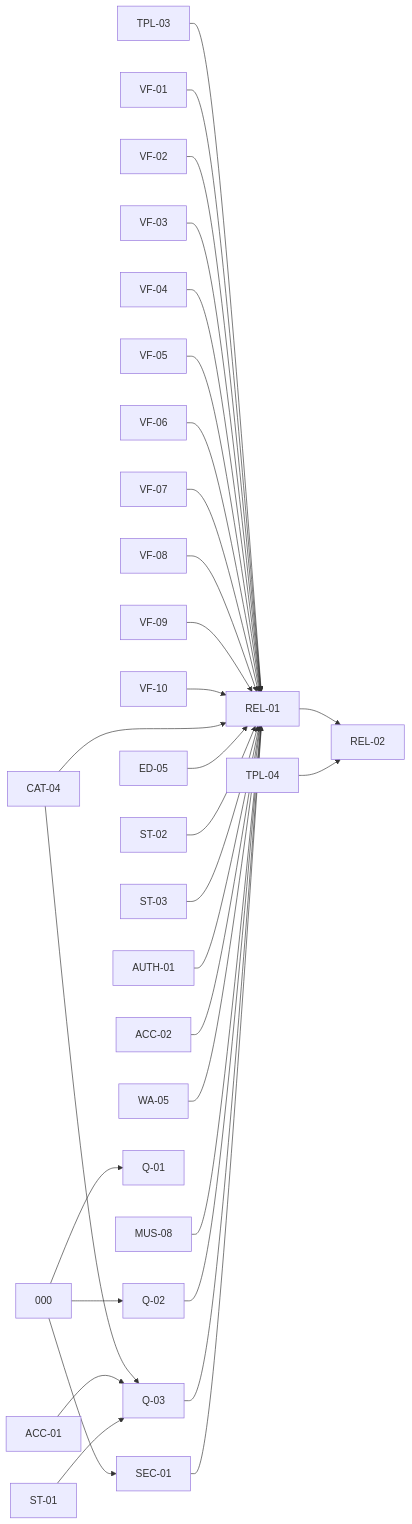
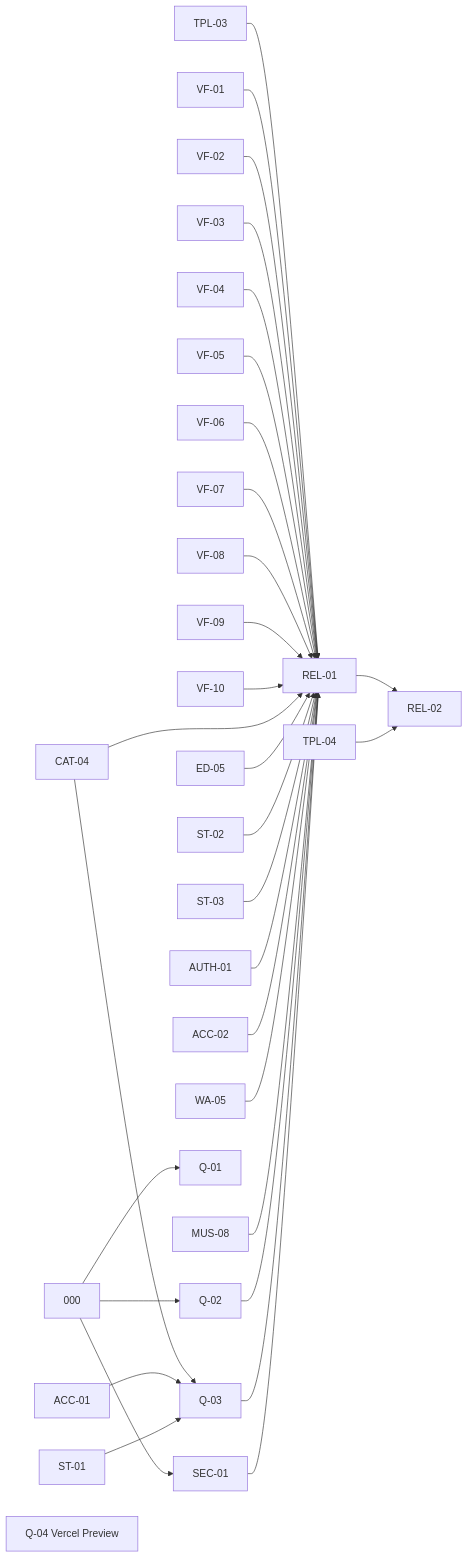
One commit to akkunov/invito changed the fourth of 4 diagrams in docs/architecture/EVENTIQ-4.1-MASTER-PLAN.md. Above: the diagram before and after it, drawn with Mermaid. The commit also changed other lines of this file and 5 other files, not shown here.

````diff
--- a/docs/architecture/EVENTIQ-4.1-MASTER-PLAN.md
+++ b/docs/architecture/EVENTIQ-4.1-MASTER-PLAN.md
@@ -190,62 +190,63 @@
 ```mermaid
 flowchart LR
   T000["000"]
   TACC_01["ACC-01"]
   TACC_02["ACC-02"]
   TAUTH_01["AUTH-01"]
   TCAT_04["CAT-04"]
   TED_05["ED-05"]
   TMUS_08["MUS-08"]
   TST_01["ST-01"]
   TST_02["ST-02"]
   TST_03["ST-03"]
   TTPL_03["TPL-03"]
   TTPL_04["TPL-04"]
   TVF_01["VF-01"]
   TVF_02["VF-02"]
   TVF_03["VF-03"]
   TVF_04["VF-04"]
   TVF_05["VF-05"]
   TVF_06["VF-06"]
   TVF_07["VF-07"]
   TVF_08["VF-08"]
   TVF_09["VF-09"]
   TVF_10["VF-10"]
   TWA_05["WA-05"]
   TQ_01["Q-01"]
   TQ_02["Q-02"]
   TQ_03["Q-03"]
+  TQ_04["Q-04 Vercel Preview"]
   TSEC_01["SEC-01"]
   TREL_01["REL-01"]
   TREL_02["REL-02"]
   T000 --> TQ_01
   T000 --> TQ_02
   TCAT_04 --> TQ_03
   TACC_01 --> TQ_03
   TST_01 --> TQ_03
   T000 --> TSEC_01
   TTPL_03 --> TREL_01
   TVF_01 --> TREL_01
   TVF_02 --> TREL_01
   TVF_03 --> TREL_01
   TVF_04 --> TREL_01
   TVF_05 --> TREL_01
   TVF_06 --> TREL_01
   TVF_07 --> TREL_01
   TVF_08 --> TREL_01
   TVF_09 --> TREL_01
   TVF_10 --> TREL_01
   TCAT_04 --> TREL_01
   TED_05 --> TREL_01
   TST_02 --> TREL_01
   TST_03 --> TREL_01
   TAUTH_01 --> TREL_01
   TACC_02 --> TREL_01
   TWA_05 --> TREL_01
   TMUS_08 --> TREL_01
   TQ_02 --> TREL_01
   TQ_03 --> TREL_01
   TSEC_01 --> TREL_01
   TREL_01 --> TREL_02
   TTPL_04 --> TREL_02
 ```
````
